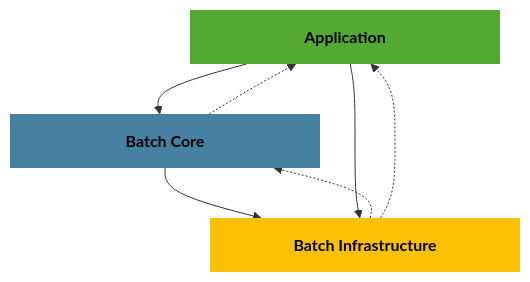
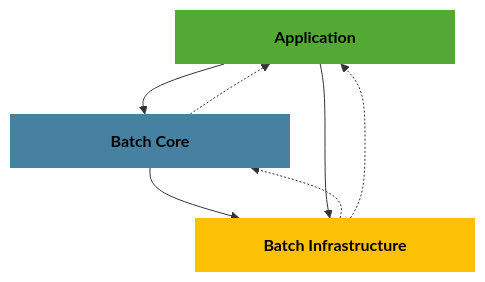
One commit to jeanyvesruffin/Spring_Batch_6 changed the diagram in README.md. Above: the diagram before and after it, drawn with Mermaid.

````diff
--- a/README.md
+++ b/README.md
@@ -5,23 +5,24 @@
 ```mermaid
-flowchart TD
-    %% Définition des blocs avec une largeur fixe pour un alignement parfait des bords
-    A["<div style='width: 250px; text-align: center;'>Application</div>"]
-    B["<div style='width: 250px; text-align: center;'>Batch Core</div>"]
-    C["<div style='width: 250px; text-align: center;'>Batch Infrastructure</div>"]
+graph TD
+    %% Définition des blocs avec largeur identique
+    A["<div style='width:220px; text-align:center;'>Application</div>"]
+    B["<div style='width:220px; text-align:center;'>Batch Core</div>"]
+    C["<div style='width:220px; text-align:center;'>Batch Infrastructure</div>"]
 
-    %% Flèches centrales (Application <-> Batch Core <-> Batch Infrastructure)
+    %% 1. On force la colonne centrale (l'épine dorsale) de haut en bas
     A --> B
+    B --> C
+
+    %% 2. On ajoute les flèches de retour pointillées
     B -.-> A
-    B --> C
     C -.-> B
 
-    %% Flèches latérales (Application <-> Batch Infrastructure)
-    %% L'utilisation de ---> allonge le lien pour qu'il contourne proprement le bloc central
-    A ---> C
+    %% 3. On ajoute les flèches latérales de contournement (sans les rallonger)
+    A --> C
     C -.-> A
 
-    %% Styles des couleurs
+    %% Styles pour les couleurs exactes
     style A fill:#54a935,color:black,stroke:none,font-weight:bold
     style B fill:#4781a2,color:black,stroke:none,font-weight:bold
     style C fill:#fcc004,color:black,stroke:none,font-weight:bold
 ```
````
